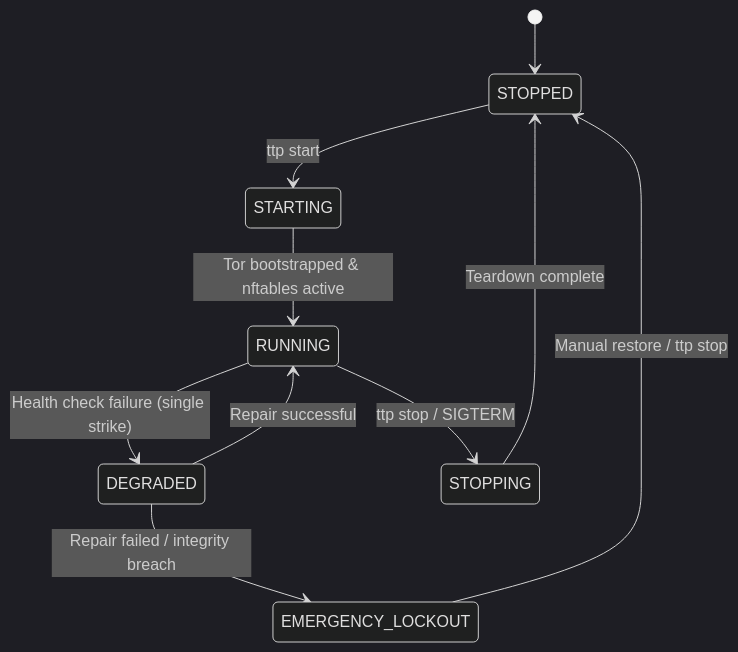
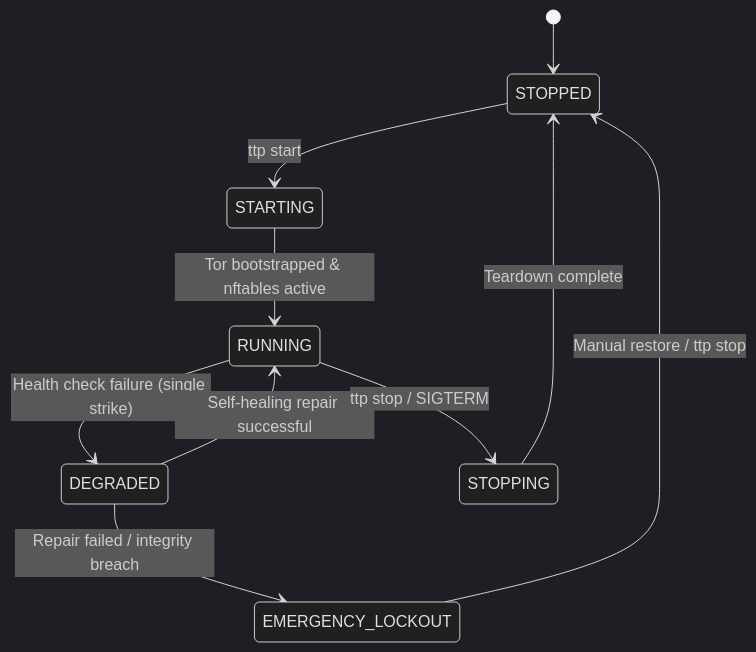
Before and after one commit to onyks-os/TransparentTorProxy: the diagram in docs/web/explanation/watchdog-fsm.md, drawn with Mermaid (dark theme). The commit also changed other lines of this file and 20 other files, not shown here.

````diff
--- a/docs/web/explanation/watchdog-fsm.md
+++ b/docs/web/explanation/watchdog-fsm.md
@@ -9,12 +9,12 @@
 ```mermaid
 stateDiagram-v2
     [*] --> STOPPED
     STOPPED --> STARTING: ttp start
     STARTING --> RUNNING: Tor bootstrapped & nftables active
     RUNNING --> DEGRADED: Health check failure (single strike)
-    DEGRADED --> RUNNING: Repair successful
+    DEGRADED --> RUNNING: Self-healing repair successful
     DEGRADED --> EMERGENCY_LOCKOUT: Repair failed / integrity breach
     RUNNING --> STOPPING: ttp stop / SIGTERM
     EMERGENCY_LOCKOUT --> STOPPED: Manual restore / ttp stop
     STOPPING --> STOPPED: Teardown complete
 ```
````
